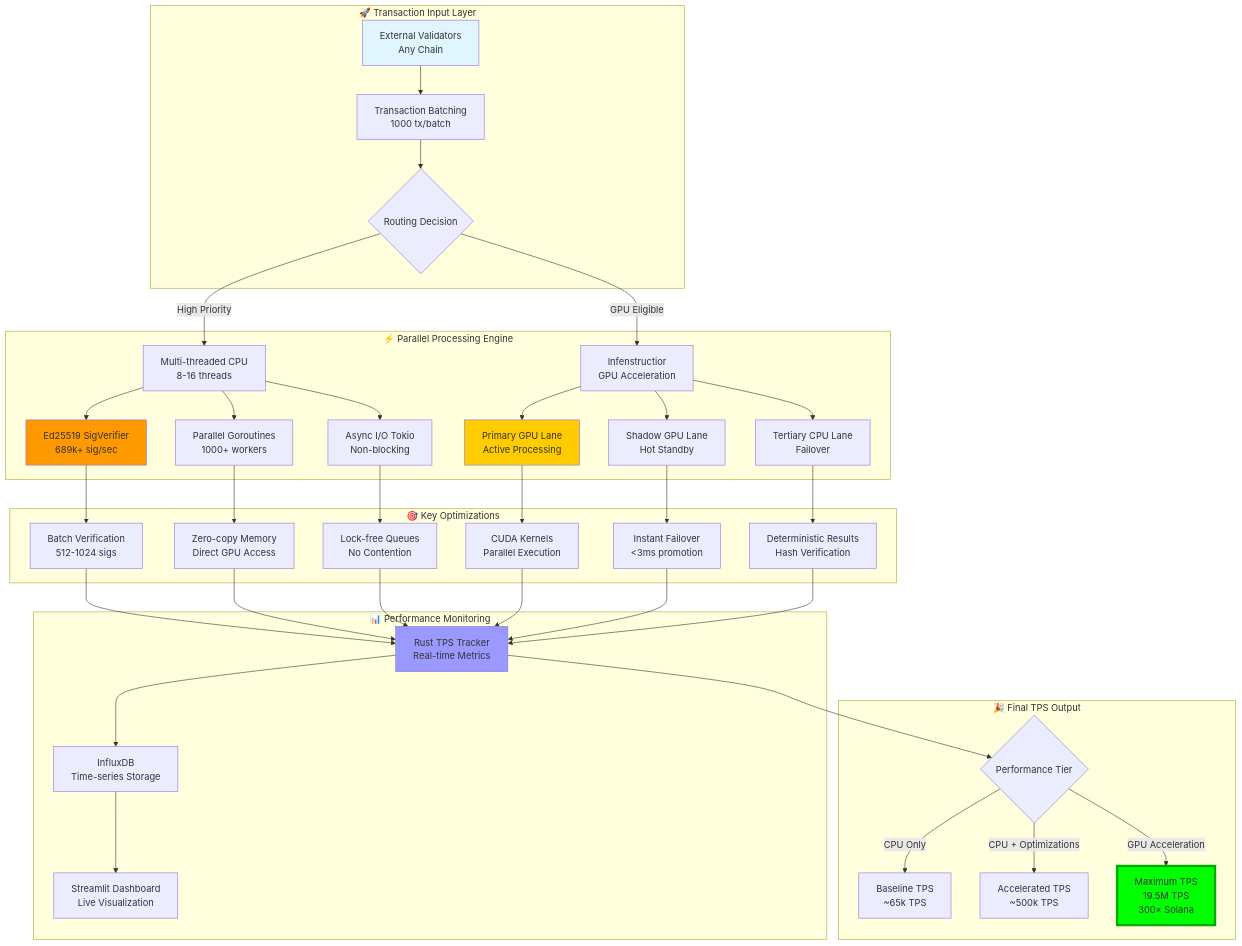
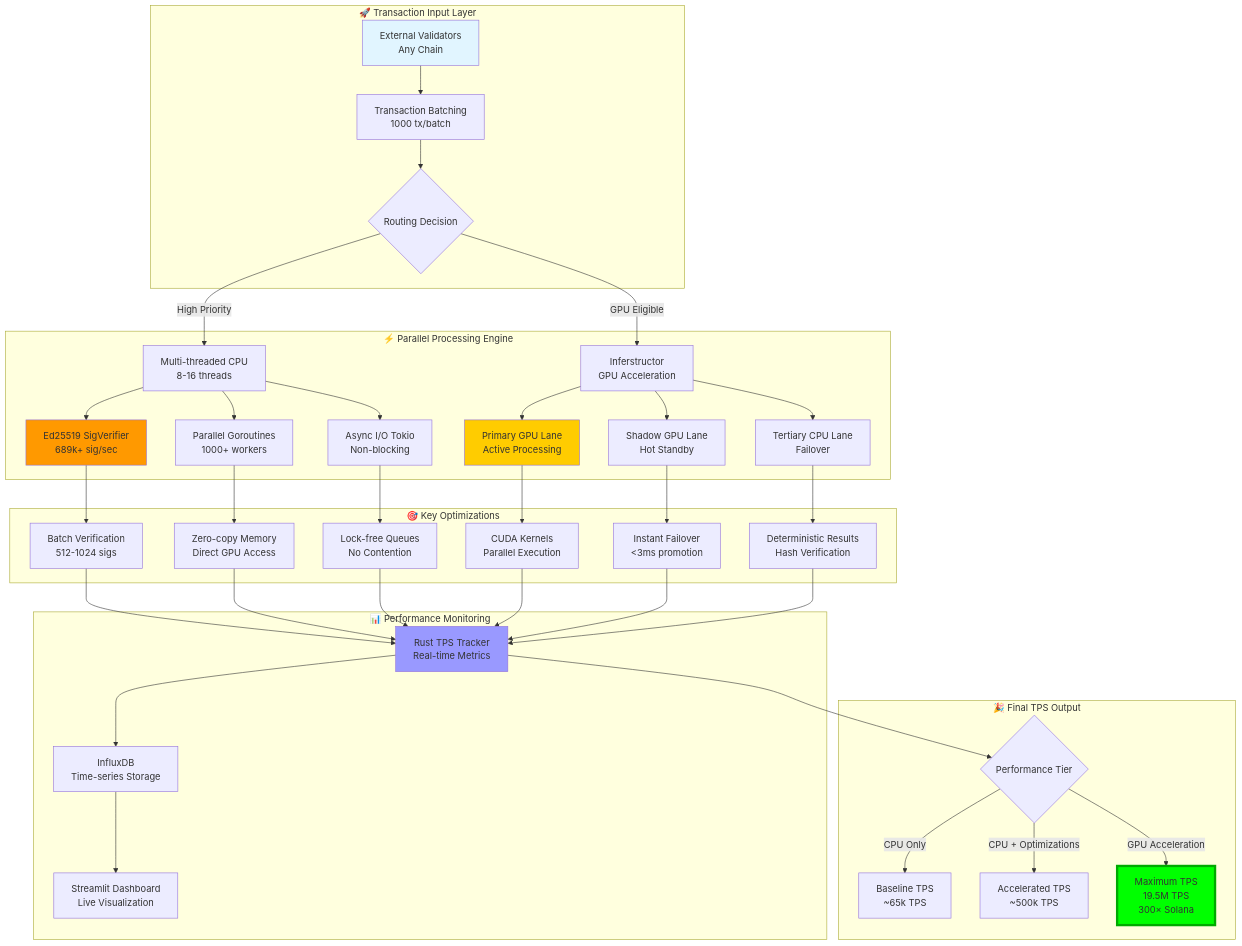
One commit to Cyptopimpinainteazy/atlas-sphere changed the first of 4 diagrams in docs/TPS_ARCHITECTURE_EXPLAINED.md. Above: the diagram before and after it, drawn with Mermaid. The commit also changed other lines of this file and 5233 other files, not shown here.

````diff
--- a/docs/TPS_ARCHITECTURE_EXPLAINED.md
+++ b/docs/TPS_ARCHITECTURE_EXPLAINED.md
@@ -10,55 +10,55 @@
 ```mermaid
 graph TB
     subgraph "🚀 Transaction Input Layer"
         A[External Validators<br/>Any Chain] --> B[Transaction Batching<br/>1000 tx/batch]
         B --> C{Routing Decision}
     end
     
     subgraph "⚡ Parallel Processing Engine"
         C -->|High Priority| D[Multi-threaded CPU<br/>8-16 threads]
-        C -->|GPU Eligible| E[Infenstructior<br/>GPU Acceleration]
+        C -->|GPU Eligible| E[Inferstructor<br/>GPU Acceleration]
         
         D --> D1[Ed25519 SigVerifier<br/>689k+ sig/sec]
         D --> D2[Parallel Goroutines<br/>1000+ workers]
         D --> D3[Async I/O Tokio<br/>Non-blocking]
         
         E --> E1[Primary GPU Lane<br/>Active Processing]
         E --> E2[Shadow GPU Lane<br/>Hot Standby]
         E --> E3[Tertiary CPU Lane<br/>Failover]
     end
     
     subgraph "🎯 Key Optimizations"
         D1 --> F1[Batch Verification<br/>512-1024 sigs]
         D2 --> F2[Zero-copy Memory<br/>Direct GPU Access]
         D3 --> F3[Lock-free Queues<br/>No Contention]
         
         E1 --> F4[CUDA Kernels<br/>Parallel Execution]
         E2 --> F5[Instant Failover<br/>&lt;3ms promotion]
         E3 --> F6[Deterministic Results<br/>Hash Verification]
     end
     
     subgraph "📊 Performance Monitoring"
         F1 --> G[Rust TPS Tracker<br/>Real-time Metrics]
         F2 --> G
         F3 --> G
         F4 --> G
         F5 --> G
         F6 --> G
         
         G --> H[InfluxDB<br/>Time-series Storage]
         H --> I[Streamlit Dashboard<br/>Live Visualization]
     end
     
     subgraph "🎉 Final TPS Output"
         G --> J{Performance Tier}
         J -->|CPU Only| K[Baseline TPS<br/>~65k TPS]
         J -->|CPU + Optimizations| L[Accelerated TPS<br/>~500k TPS]
         J -->|GPU Acceleration| M[Maximum TPS<br/>19.5M TPS<br/>300× Solana]
     end
     
     style A fill:#e1f5ff
     style M fill:#00ff00,stroke:#00aa00,stroke-width:4px
     style E1 fill:#ffcc00
     style D1 fill:#ff9900
     style G fill:#9999ff
 ```
````
